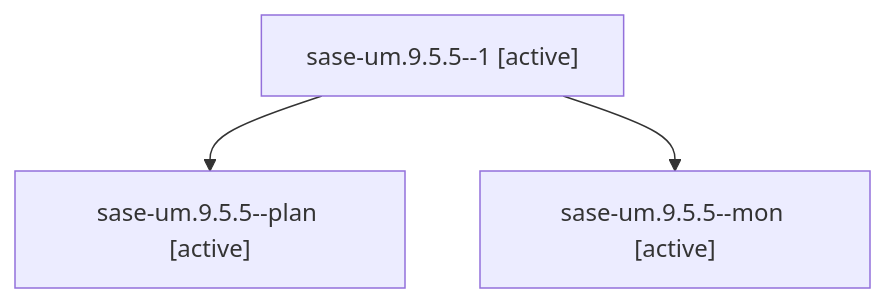
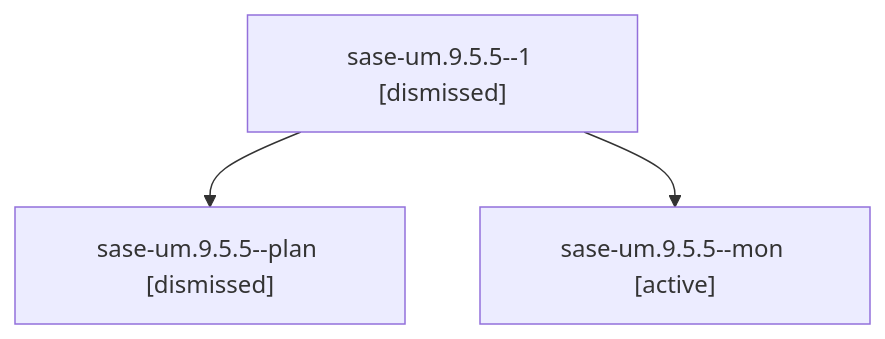
The diagram in sessions/bbugyi200.athena.sase-um.9.5.5.md (sase-org/sase--agents), drawn with Mermaid before and after one commit. The commit also changed other lines of this file and 240 other files, not shown here.

````diff
--- a/sessions/bbugyi200.athena.sase-um.9.5.5.md
+++ b/sessions/bbugyi200.athena.sase-um.9.5.5.md
@@ -9,8 +9,8 @@
 ```mermaid
 flowchart TD
-  n0["sase-um.9.5.5--1 [active]"]
-  n1["sase-um.9.5.5--plan [active]"]
+  n0["sase-um.9.5.5--1 [dismissed]"]
+  n1["sase-um.9.5.5--plan [dismissed]"]
   n0 --> n1
   n2["sase-um.9.5.5--mon [active]"]
   n0 --> n2
 ```
````
